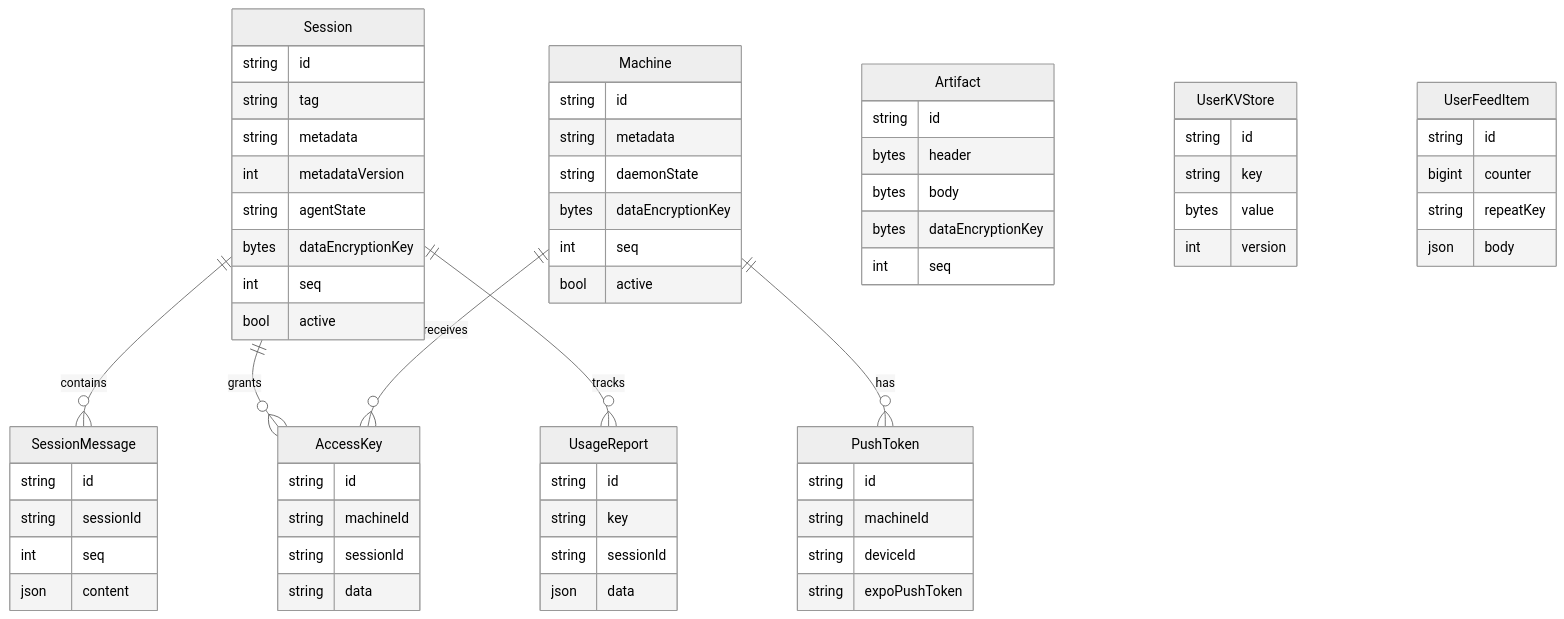
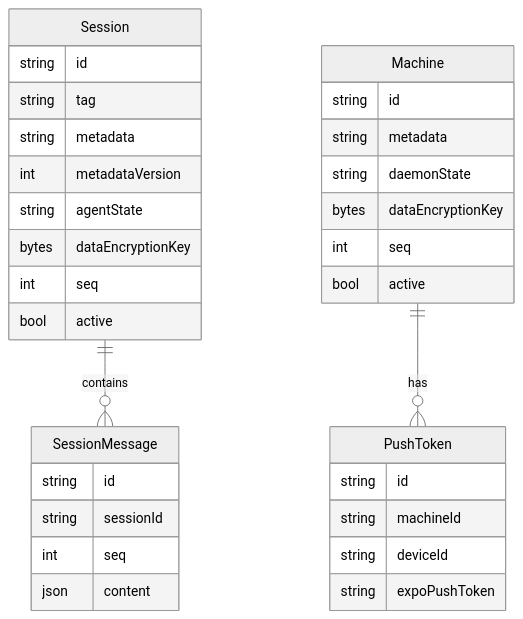
The seventh of 9 diagrams in docs/backend-architecture.md (Evyatar108/happy), drawn with Mermaid (neutral theme) before and after one commit. The commit also changed other lines of this file and 19 other files, not shown here.

````diff
--- a/docs/backend-architecture.md
+++ b/docs/backend-architecture.md
@@ -299,78 +291,40 @@
 ```mermaid
 erDiagram
     Session ||--o{ SessionMessage : contains
-    Session ||--o{ AccessKey : grants
-    Session ||--o{ UsageReport : tracks
-    Machine ||--o{ AccessKey : receives
     Machine ||--o{ PushToken : has
 
     Session {
         string id
         string tag
         string metadata
         int metadataVersion
         string agentState
         bytes dataEncryptionKey
         int seq
         bool active
     }
 
     SessionMessage {
         string id
         string sessionId
         int seq
         json content
     }
 
     Machine {
         string id
         string metadata
         string daemonState
         bytes dataEncryptionKey
         int seq
         bool active
     }
 
     PushToken {
         string id
         string machineId
         string deviceId
         string expoPushToken
     }
 
-    Artifact {
-        string id
-        bytes header
-        bytes body
-        bytes dataEncryptionKey
-        int seq
-    }
-
-    AccessKey {
-        string id
-        string machineId
-        string sessionId
-        string data
-    }
-
-    UserKVStore {
-        string id
-        string key
-        bytes value
-        int version
-    }
-
-    UserFeedItem {
-        string id
-        bigint counter
-        string repeatKey
-        json body
-    }
-
-    UsageReport {
-        string id
-        string key
-        string sessionId
-        json data
-    }
 ```
````
